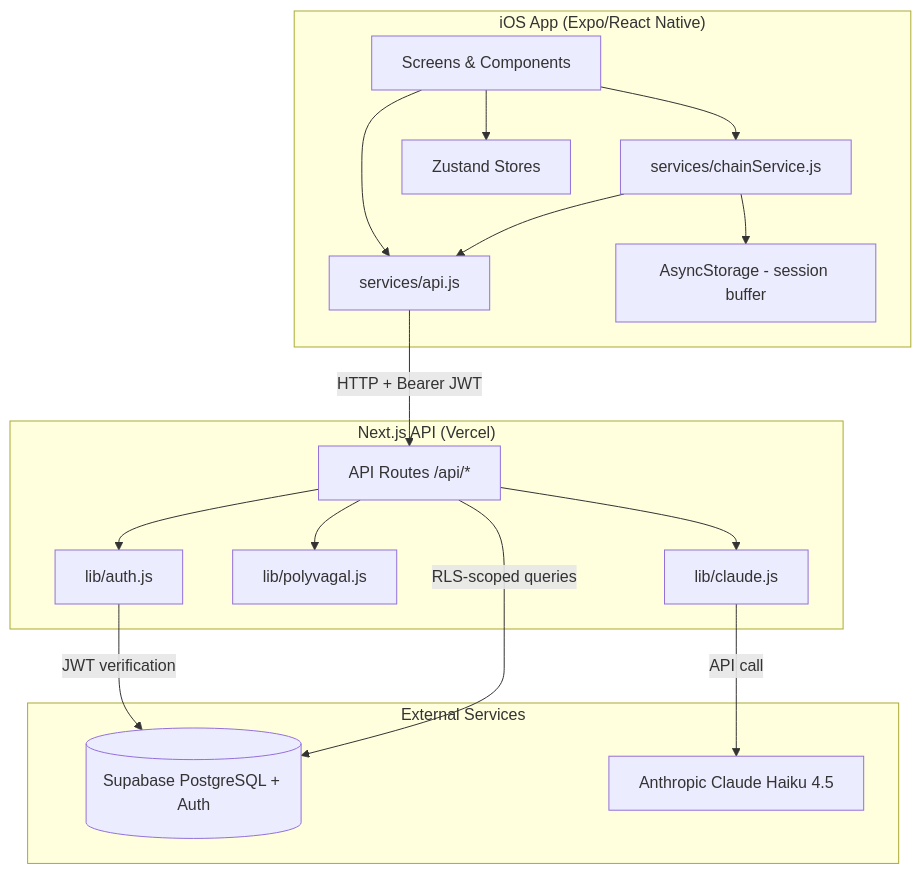
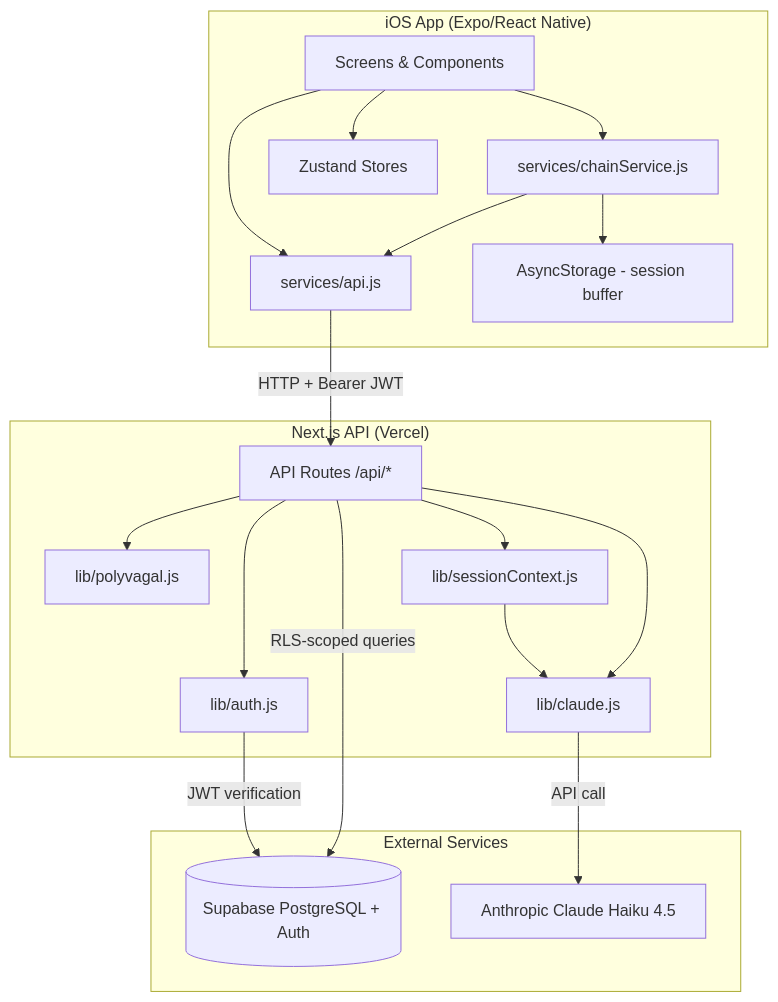
Before and after one commit to aylanismello/SoMi: the diagram in docs/03_architecture.md, drawn with Mermaid. The commit also changed other lines of this file and 8 other files, not shown here.

First line of the commit message:
feat: context-aware flow generation refactor

````diff
--- a/docs/03_architecture.md
+++ b/docs/03_architecture.md
@@ -5,35 +5,38 @@
 ```mermaid
 graph TD
     subgraph Mobile["iOS App (Expo/React Native)"]
         UI[Screens & Components]
         API_SVC[services/api.js]
         CHAIN_SVC[services/chainService.js]
         STORES[Zustand Stores]
         ASYNC[AsyncStorage - session buffer]
     end
 
     subgraph Server["Next.js API (Vercel)"]
         ROUTES[API Routes /api/*]
         AUTH_LIB[lib/auth.js]
         POLYVAGAL_LIB[lib/polyvagal.js]
+        CONTEXT_LIB[lib/sessionContext.js]
         CLAUDE_LIB[lib/claude.js]
     end
 
     subgraph External["External Services"]
         SUPABASE[(Supabase PostgreSQL + Auth)]
         ANTHROPIC[Anthropic Claude Haiku 4.5]
     end
 
     UI --> API_SVC
     UI --> CHAIN_SVC
     UI --> STORES
     CHAIN_SVC --> ASYNC
     CHAIN_SVC --> API_SVC
     API_SVC -->|HTTP + Bearer JWT| ROUTES
     ROUTES --> AUTH_LIB
     AUTH_LIB -->|JWT verification| SUPABASE
     ROUTES -->|RLS-scoped queries| SUPABASE
     ROUTES --> POLYVAGAL_LIB
+    ROUTES --> CONTEXT_LIB
+    CONTEXT_LIB --> CLAUDE_LIB
     ROUTES --> CLAUDE_LIB
     CLAUDE_LIB -->|API call| ANTHROPIC
 ```
````
